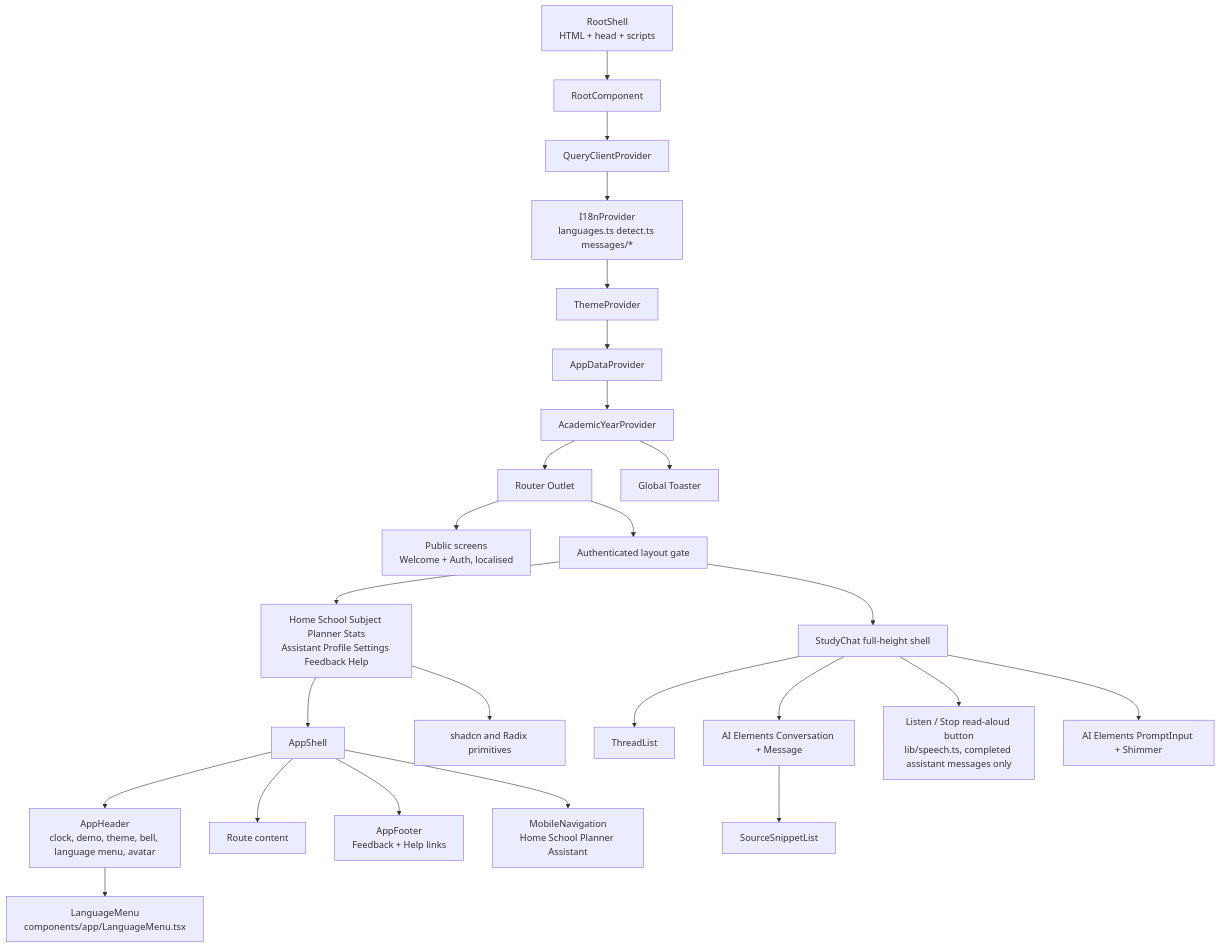
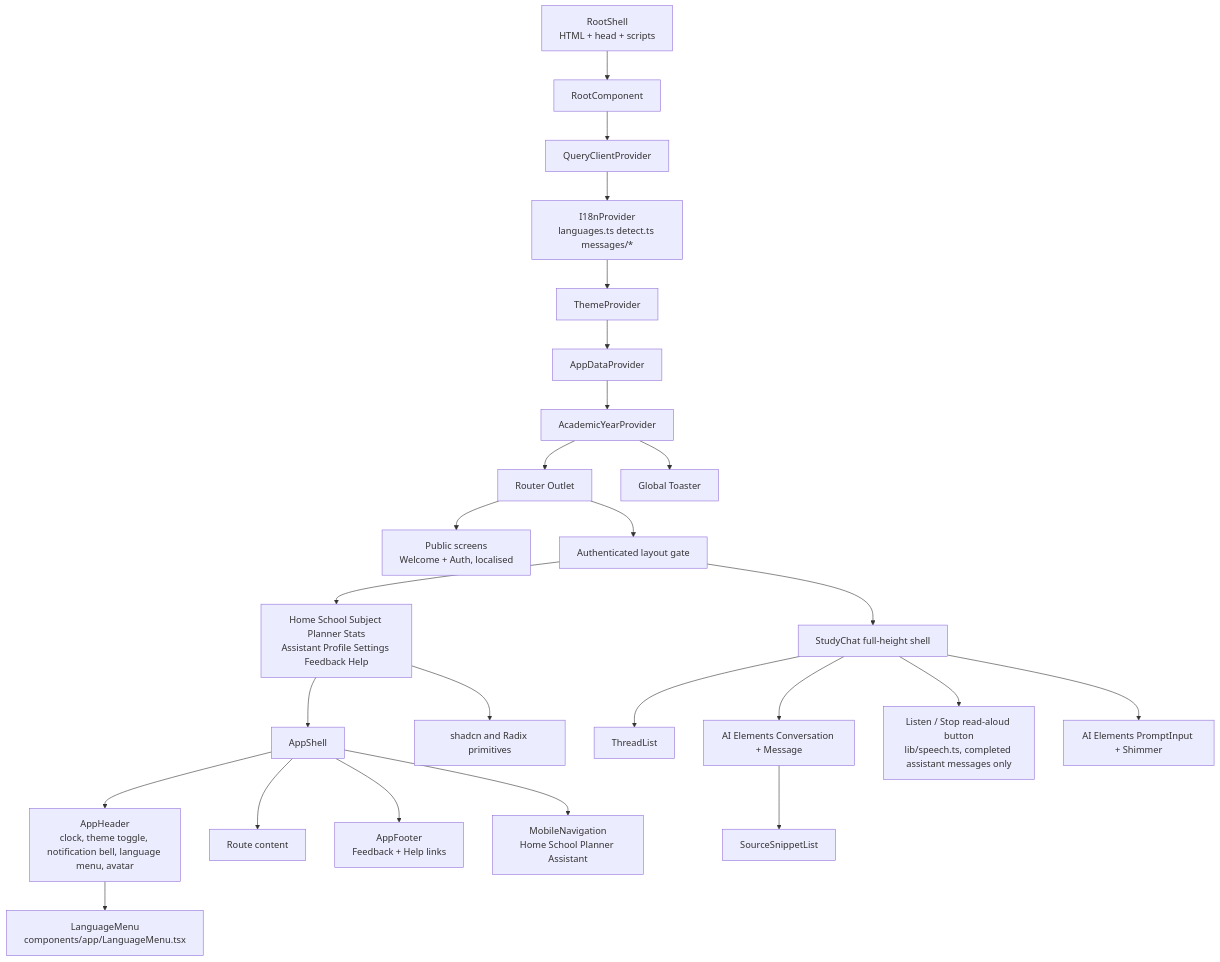
The diagram in docs/wireframes/03-frontend-composition.mmd (keyshavmor/study-swiss-star), drawn with Mermaid before and after one commit. The commit also changed 80 other files, not shown here.

```diff
--- a/docs/wireframes/03-frontend-composition.mmd
+++ b/docs/wireframes/03-frontend-composition.mmd
@@ -1,25 +1,25 @@
 flowchart TD
   HTML[RootShell\nHTML + head + scripts] --> Root[RootComponent]
   Root --> Query[QueryClientProvider]
   Query --> I18nP[I18nProvider\nlanguages.ts detect.ts messages/*]
   I18nP --> Theme[ThemeProvider]
   Theme --> Data[AppDataProvider]
   Data --> Year[AcademicYearProvider]
   Year --> Outlet[Router Outlet]
   Year --> Toast[Global Toaster]
   Outlet --> Public[Public screens\nWelcome + Auth, localised]
   Outlet --> Gate[Authenticated layout gate]
   Gate --> Pages[Home School Subject Planner Stats\nAssistant Profile Settings Feedback Help]
   Pages --> Shell[AppShell]
-  Shell --> Header[AppHeader\nclock, demo, theme, bell, language menu, avatar]
+  Shell --> Header[AppHeader\nclock, theme toggle, notification bell, language menu, avatar]
   Header --> LangMenu[LanguageMenu\ncomponents/app/LanguageMenu.tsx]
   Shell --> Content[Route content]
   Shell --> Footer[AppFooter\nFeedback + Help links]
   Shell --> Mobile[MobileNavigation\nHome School Planner Assistant]
   Gate --> Chat[StudyChat full-height shell]
   Chat --> Threads[ThreadList]
   Chat --> Conversation[AI Elements Conversation + Message]
   Chat --> Speech[Listen / Stop read-aloud button\nlib/speech.ts, completed assistant messages only]
   Chat --> Composer[AI Elements PromptInput + Shimmer]
   Conversation --> Sources[SourceSnippetList]
   Pages --> UI[shadcn and Radix primitives]
```
